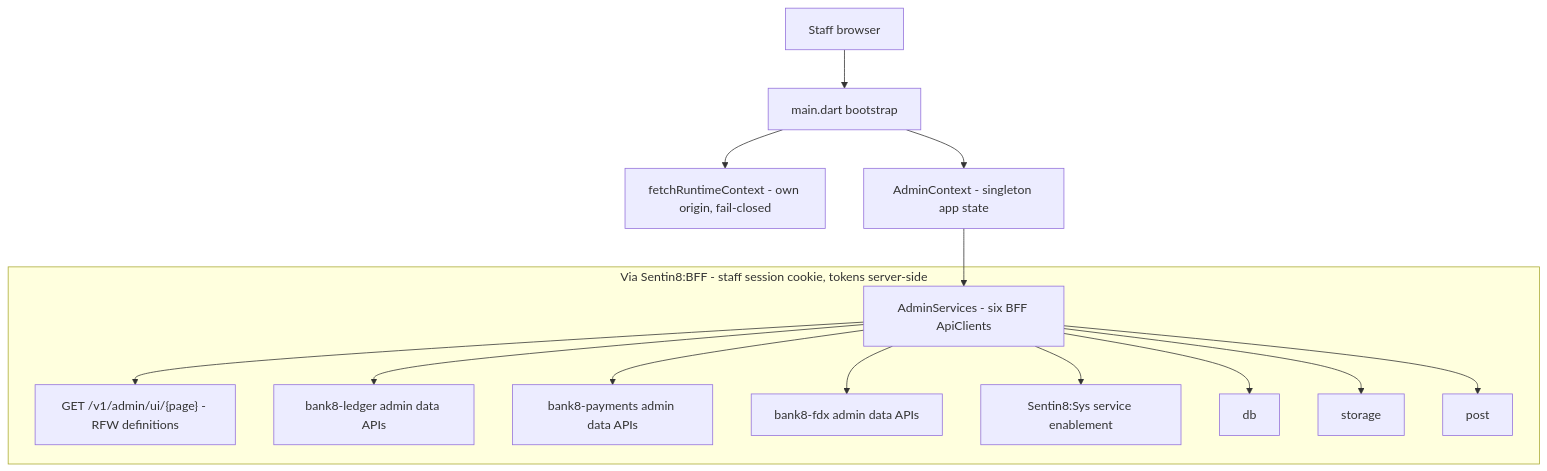
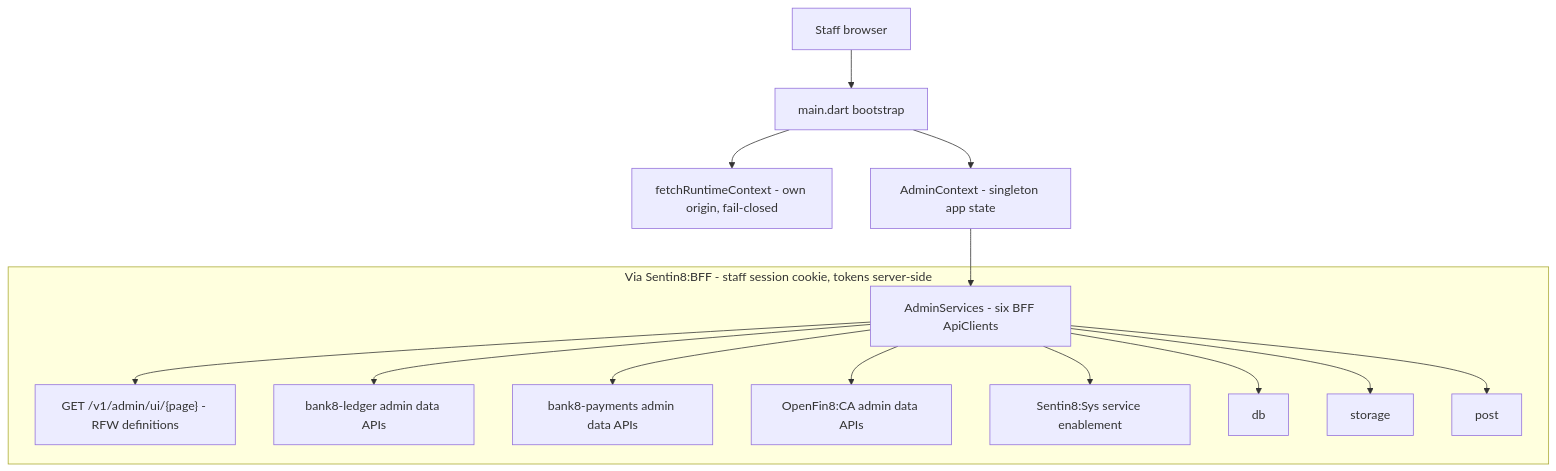
Before and after one commit to Bank8-dev/bank8-admin: the diagram in README.md, drawn with Mermaid. The commit also changed other lines of this file and 10 other files, not shown here.

First line of the commit message:
refactor(FDXNAME-1): the open-banking vertical is OpenFin8 - the retired bank8-fdx name purged tree-wide

````diff
--- a/README.md
+++ b/README.md
@@ -35,18 +35,18 @@
 ```mermaid
 graph TD
     B[Staff browser] --> M[main.dart bootstrap]
     M --> RC[fetchRuntimeContext - own origin, fail-closed]
     M --> C[AdminContext - singleton app state]
     C --> S[AdminServices - six BFF ApiClients]
 
     subgraph SGlu75s1["Via Sentin8:BFF - staff session cookie, tokens server-side"]
         S --> RFW["GET /v1/admin/ui/{page} - RFW definitions"]
         S --> LED[bank8-ledger admin data APIs]
         S --> PAY[bank8-payments admin data APIs]
-        S --> F[bank8-fdx admin data APIs]
+        S --> F[OpenFin8:CA admin data APIs]
         S --> SYS[Sentin8:Sys service enablement]
         S --> D[db]
         S --> ST[storage]
         S --> PO[post]
     end
 ```
````
